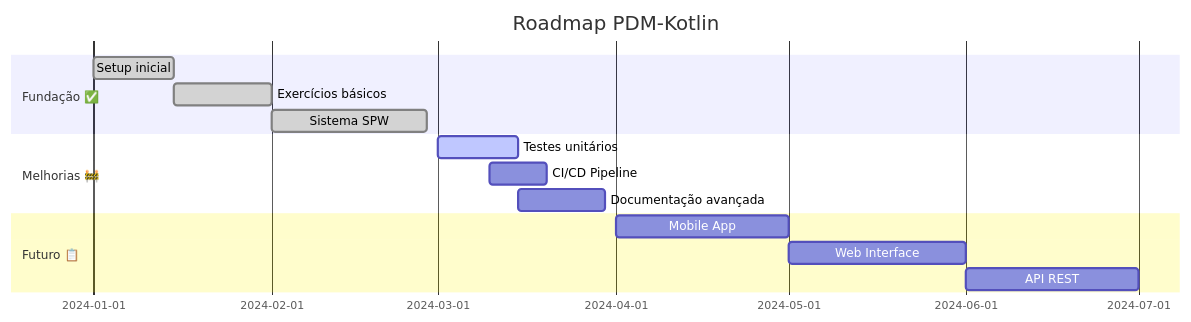
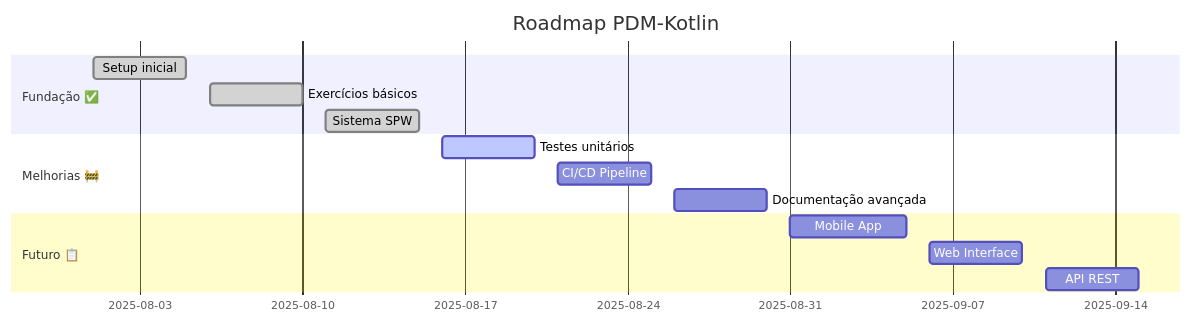
The sixth of 6 diagrams in README.md (JPEDROPS092/PDM-Kotlin), drawn with Mermaid before and after one commit.

````diff
--- a/README.md
+++ b/README.md
@@ -547,19 +547,20 @@
 ```mermaid
 gantt
     title Roadmap PDM-Kotlin
     dateFormat  YYYY-MM-DD
     section Fundação ✅
-    Setup inicial           :done, setup, 2024-01-01, 2024-01-15
-    Exercícios básicos      :done, exerc, 2024-01-15, 2024-02-01
-    Sistema SPW            :done, spw, 2024-02-01, 2024-02-28
+    Setup inicial           :done, setup, 2025-08-01, 2025-08-05
+    Exercícios básicos      :done, exerc, 2025-08-06, 2025-08-10
+    Sistema SPW             :done, spw, 2025-08-11, 2025-08-15
     
     section Melhorias 🚧
-    Testes unitários       :active, tests, 2024-03-01, 2024-03-15
-    CI/CD Pipeline         :cd, 2024-03-10, 2024-03-20
-    Documentação avançada  :docs, 2024-03-15, 2024-03-30
+    Testes unitários        :active, tests, 2025-08-16, 2025-08-20
+    CI/CD Pipeline          :cd, 2025-08-21, 2025-08-25
+    Documentação avançada   :docs, 2025-08-26, 2025-08-30
     
     section Futuro 📋
-    Mobile App             :mobile, 2024-04-01, 2024-05-01
-    Web Interface          :web, 2024-05-01, 2024-06-01
-    API REST               :api, 2024-06-01, 2024-07-01
+    Mobile App              :mobile, 2025-08-31, 2025-09-05
+    Web Interface           :web, 2025-09-06, 2025-09-10
+    API REST                :api, 2025-09-11, 2025-09-15
+
 ```
````
